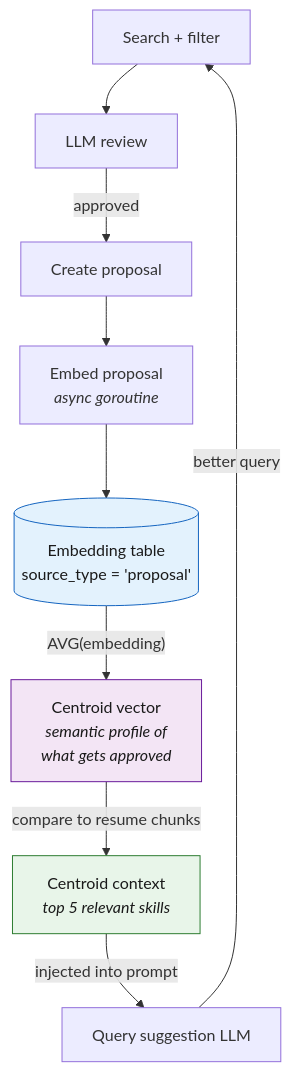
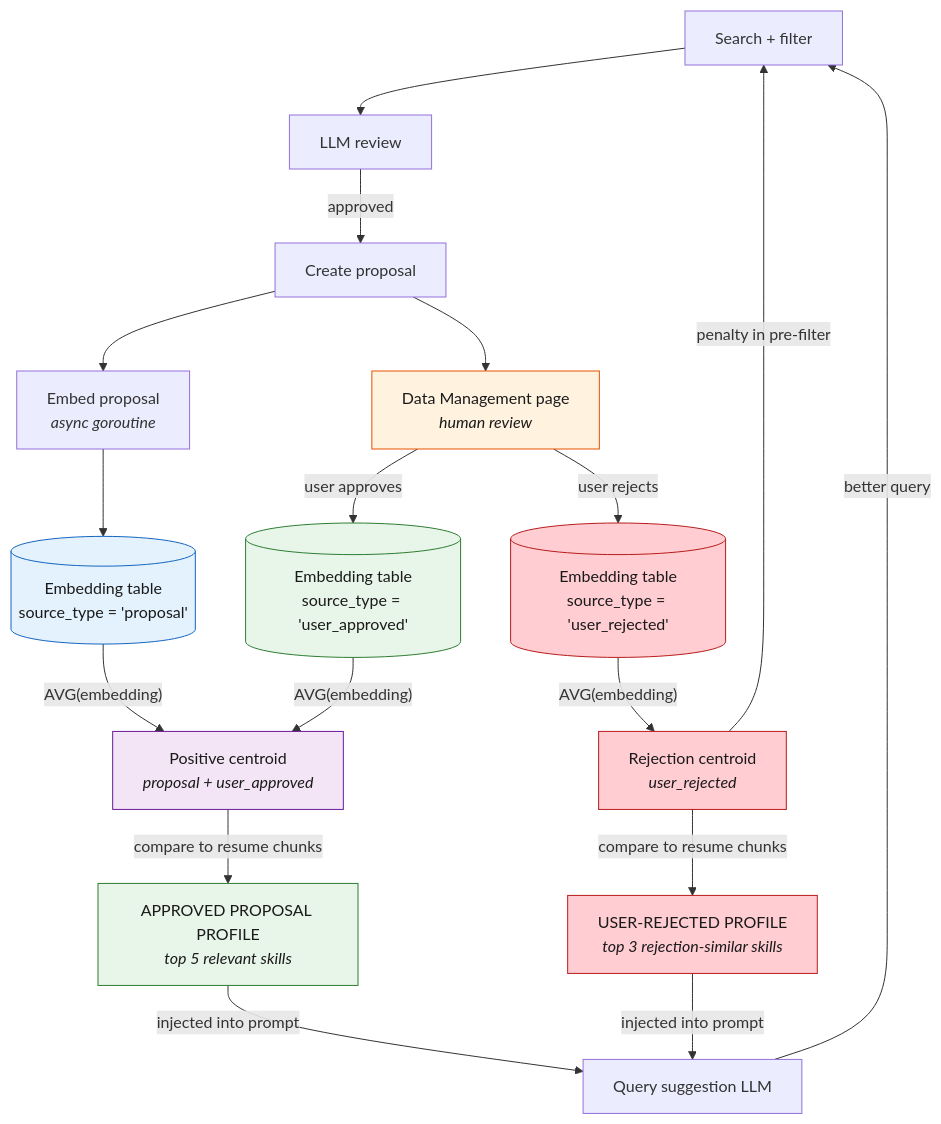
Before and after one commit to hubenschmidt/pina-colada: the sixth of 11 diagrams in README.md, drawn with Mermaid. The commit also changed other lines of this file and 6 other files, not shown here.

Commit message:
embed user feedback on proposal loop

````diff
--- a/README.md
+++ b/README.md
@@ -277,15 +271,31 @@
 ```mermaid
 flowchart TD
     SEARCH["Search + filter"] --> REVIEW["LLM review"]
     REVIEW -->|approved| PROPOSAL["Create proposal"]
     PROPOSAL --> EMBED["Embed proposal<br/><i>async goroutine</i>"]
     EMBED --> TABLE[("Embedding table<br/>source_type = 'proposal'")]
-    TABLE -->|"AVG(embedding)"| CENTROID["Centroid vector<br/><i>semantic profile of<br/>what gets approved</i>"]
-    CENTROID -->|"compare to resume chunks"| CONTEXT["Centroid context<br/><i>top 5 relevant skills</i>"]
+
+    PROPOSAL --> DATAPAGE["Data Management page<br/><i>human review</i>"]
+    DATAPAGE -->|"user approves"| UAPPR[("Embedding table<br/>source_type = 'user_approved'")]
+    DATAPAGE -->|"user rejects"| UREJ[("Embedding table<br/>source_type = 'user_rejected'")]
+
+    TABLE -->|"AVG(embedding)"| CENTROID["Positive centroid<br/><i>proposal + user_approved</i>"]
+    UAPPR -->|"AVG(embedding)"| CENTROID
+    CENTROID -->|"compare to resume chunks"| CONTEXT["APPROVED PROPOSAL PROFILE<br/><i>top 5 relevant skills</i>"]
     CONTEXT -->|"injected into prompt"| QUERYGEN["Query suggestion LLM"]
     QUERYGEN -->|"better query"| SEARCH
 
+    UREJ -->|"AVG(embedding)"| REJCENT["Rejection centroid<br/><i>user_rejected</i>"]
+    REJCENT -->|"penalty in pre-filter"| SEARCH
+    REJCENT -->|"compare to resume chunks"| REJCTX["USER-REJECTED PROFILE<br/><i>top 3 rejection-similar skills</i>"]
+    REJCTX -->|"injected into prompt"| QUERYGEN
+
     style CENTROID fill:#f3e5f5,stroke:#6a1b9a,color:#1a1a1a
+    style REJCENT fill:#ffcdd2,stroke:#b71c1c,color:#1a1a1a
     style CONTEXT fill:#e8f5e9,stroke:#2e7d32,color:#1a1a1a
+    style REJCTX fill:#ffcdd2,stroke:#b71c1c,color:#1a1a1a
     style TABLE fill:#e3f2fd,stroke:#1565c0,color:#1a1a1a
+    style UAPPR fill:#e8f5e9,stroke:#2e7d32,color:#1a1a1a
+    style UREJ fill:#ffcdd2,stroke:#b71c1c,color:#1a1a1a
+    style DATAPAGE fill:#fff3e0,stroke:#e65100,color:#1a1a1a
 ```
````
